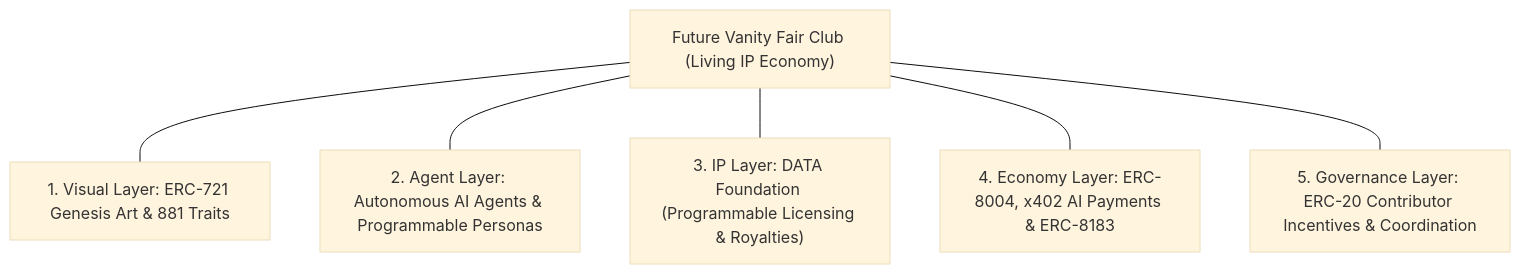
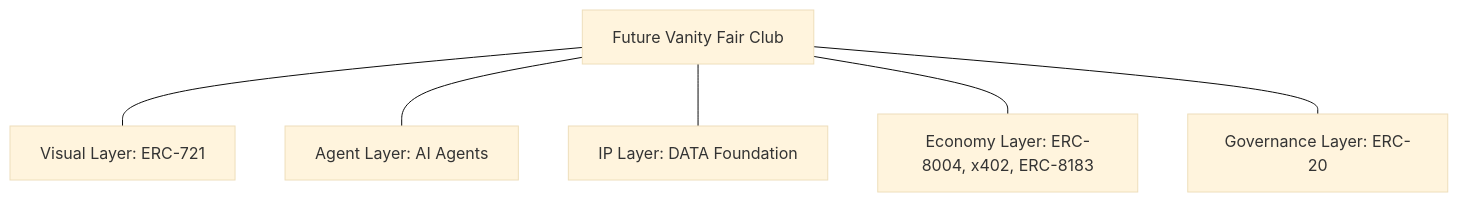
The diagram in README.md (futurevanityfairclub/futurevanityfairclub), drawn with Mermaid (base theme) before and after one commit. The commit also changed other lines of this file, not shown here.

Commit message:
docs: finalize profile README with verbatim craftsmanship data, living IP economy, and 5-layer roadmap

````diff
--- a/README.md
+++ b/README.md
@@ -24,9 +35,9 @@
 ```mermaid
 graph TD
-    FVFC["Future Vanity Fair Club (Living IP Economy)"]
-    FVFC --- L1["1. Visual Layer: ERC-721 Genesis Art & 881 Traits"]
-    FVFC --- L2["2. Agent Layer: Autonomous AI Agents & Programmable Personas"]
-    FVFC --- L3["3. IP Layer: DATA Foundation (Programmable Licensing & Royalties)"]
-    FVFC --- L4["4. Economy Layer: ERC-8004, x402 AI Payments & ERC-8183"]
-    FVFC --- L5["5. Governance Layer: ERC-20 Contributor Incentives & Coordination"]
+    FVFC[Future Vanity Fair Club]
+    FVFC --- A[Visual Layer: ERC-721]
+    FVFC --- B[Agent Layer: AI Agents]
+    FVFC --- C[IP Layer: DATA Foundation]
+    FVFC --- D[Economy Layer: ERC-8004, x402, ERC-8183]
+    FVFC --- E[Governance Layer: ERC-20]
 ```
````
